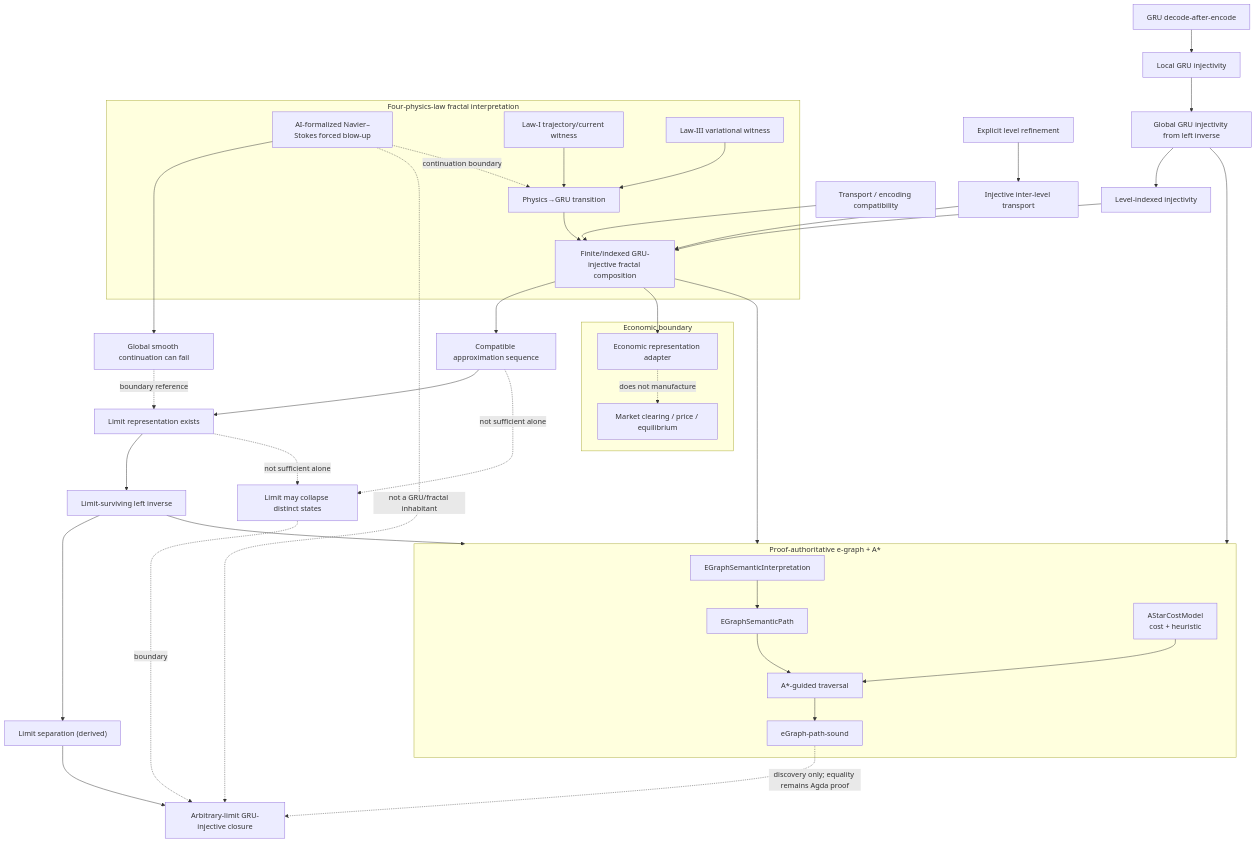
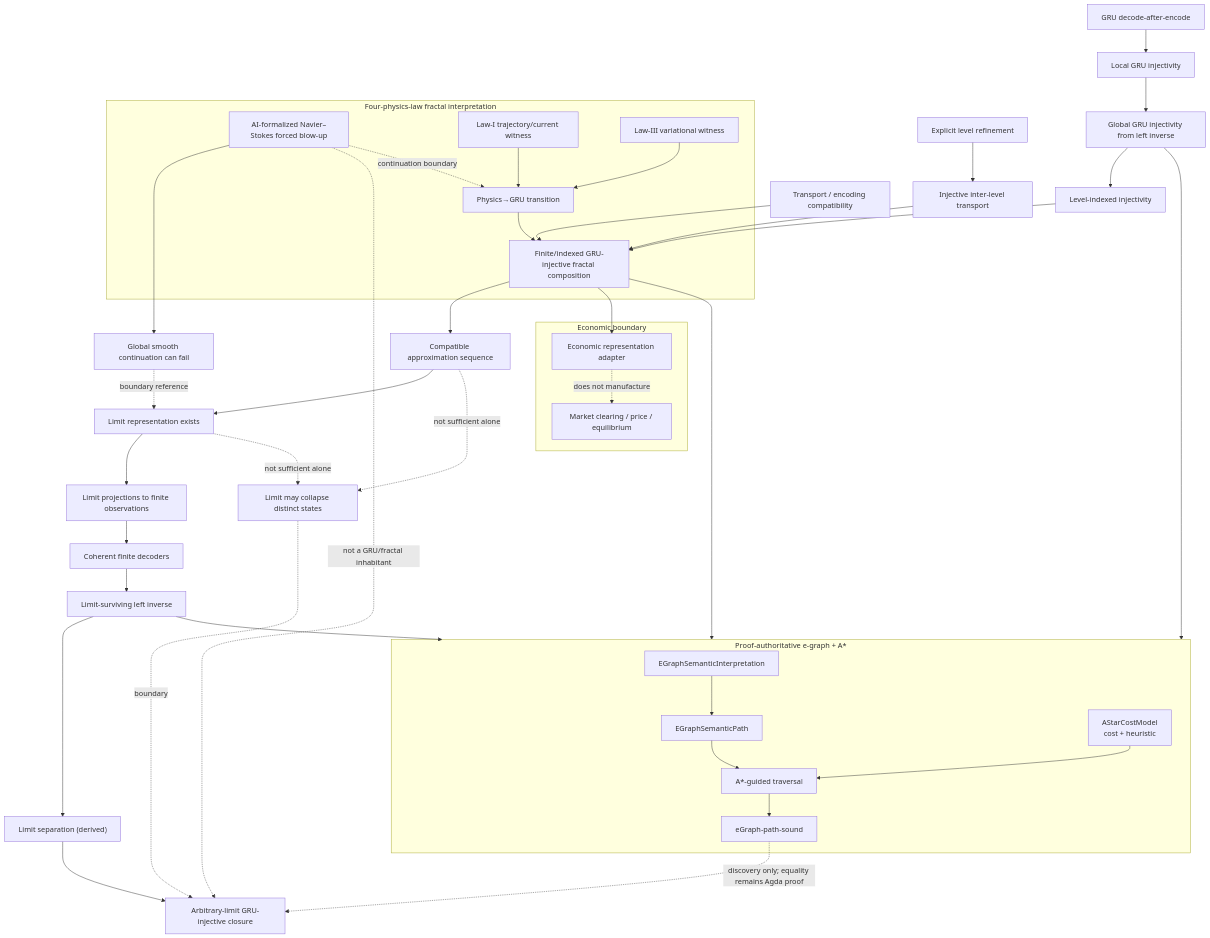
One commit to JohnChristianD/Actions changed the diagram in .ci/discovery/gru-fractal-arbitrary-limit-closure-2026-09-26.mmd. Above: the diagram before and after it, drawn with Mermaid.

Commit message:
graph: expose coherent decoder survival seam

```diff
--- a/.ci/discovery/gru-fractal-arbitrary-limit-closure-2026-09-26.mmd
+++ b/.ci/discovery/gru-fractal-arbitrary-limit-closure-2026-09-26.mmd
@@ -1,44 +1,46 @@
 flowchart TD
   GI["GRU decode-after-encode"] --> LI["Local GRU injectivity"]
   LI --> GGI["Global GRU injectivity from left inverse"]
   GGI --> IDX["Level-indexed injectivity"]
   REF["Explicit level refinement"] --> TR["Injective inter-level transport"]
   IDX --> COMP["Finite/indexed GRU-injective fractal composition"]
   TR --> COMP
   COMPAT["Transport / encoding compatibility"] --> COMP
   COMP --> APP["Compatible approximation sequence"]
   APP --> LIM["Limit representation exists"]
-  LIM --> LINV["Limit-surviving left inverse"]
+  LIM --> PROJ["Limit projections to finite observations"]
+  PROJ --> COH["Coherent finite decoders"]
+  COH --> LINV["Limit-surviving left inverse"]
   LINV --> SEP["Limit separation (derived)"]
   SEP --> ALI["Arbitrary-limit GRU-injective closure"]
   APP -. "not sufficient alone" .-> BAD["Limit may collapse distinct states"]
   LIM -. "not sufficient alone" .-> BAD
   BAD -. "boundary" .-> ALI
 
   subgraph SEARCH["Proof-authoritative e-graph + A*"]
     EG["EGraphSemanticInterpretation"] --> PATH["EGraphSemanticPath"]
     COST["AStarCostModel<br/>cost + heuristic"] --> ASTAR["A*-guided traversal"]
     PATH --> ASTAR
     ASTAR --> SOUND["eGraph-path-sound"]
   end
 
   GGI --> SEARCH
   COMP --> SEARCH
   LINV --> SEARCH
   SOUND -. "discovery only; equality remains Agda proof" .-> ALI
 
   NS["AI-formalized Navier–Stokes forced blow-up"] --> CONT["Global smooth continuation can fail"]
   CONT -. "boundary reference" .-> LIM
   NS -. "not a GRU/fractal inhabitant" .-> ALI
 
   subgraph PHYS["Four-physics-law fractal interpretation"]
     L1["Law-I trajectory/current witness"] --> PGRU["Physics→GRU transition"]
     L3["Law-III variational witness"] --> PGRU
     PGRU --> COMP
     NS -. "continuation boundary" .-> PGRU
   end
 
   subgraph ECON["Economic boundary"]
     COMP --> EREP["Economic representation adapter"]
     EREP -. "does not manufacture" .-> EQ["Market clearing / price / equilibrium"]
   end
```
